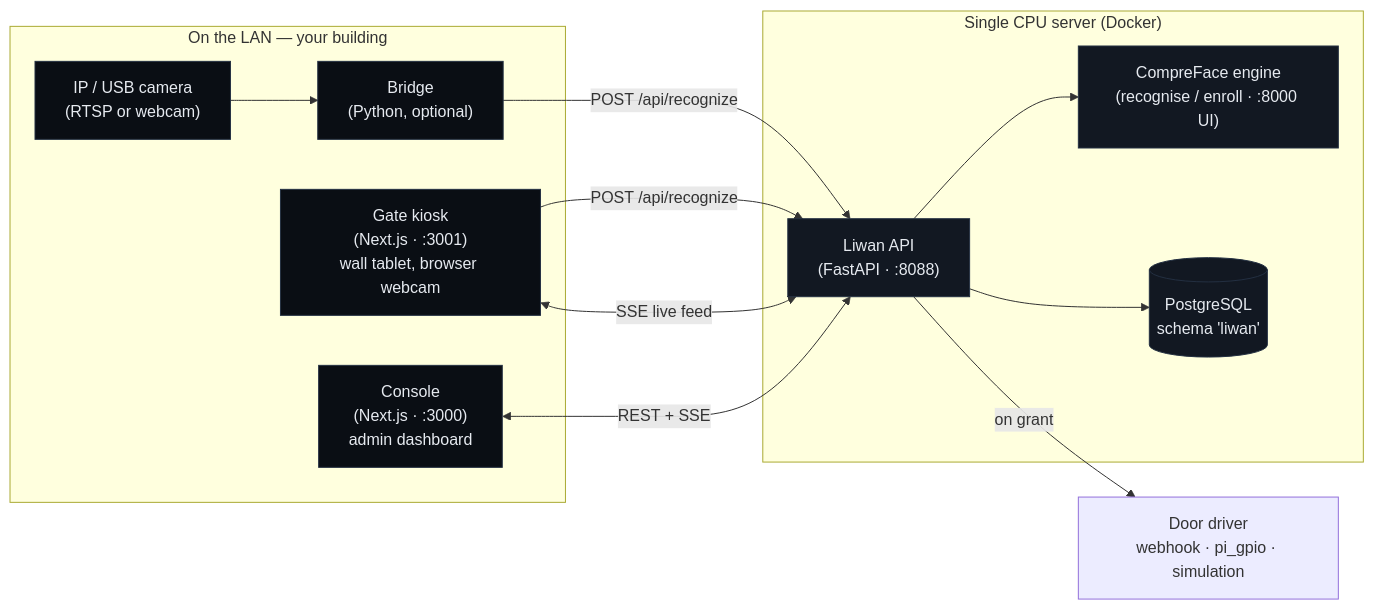
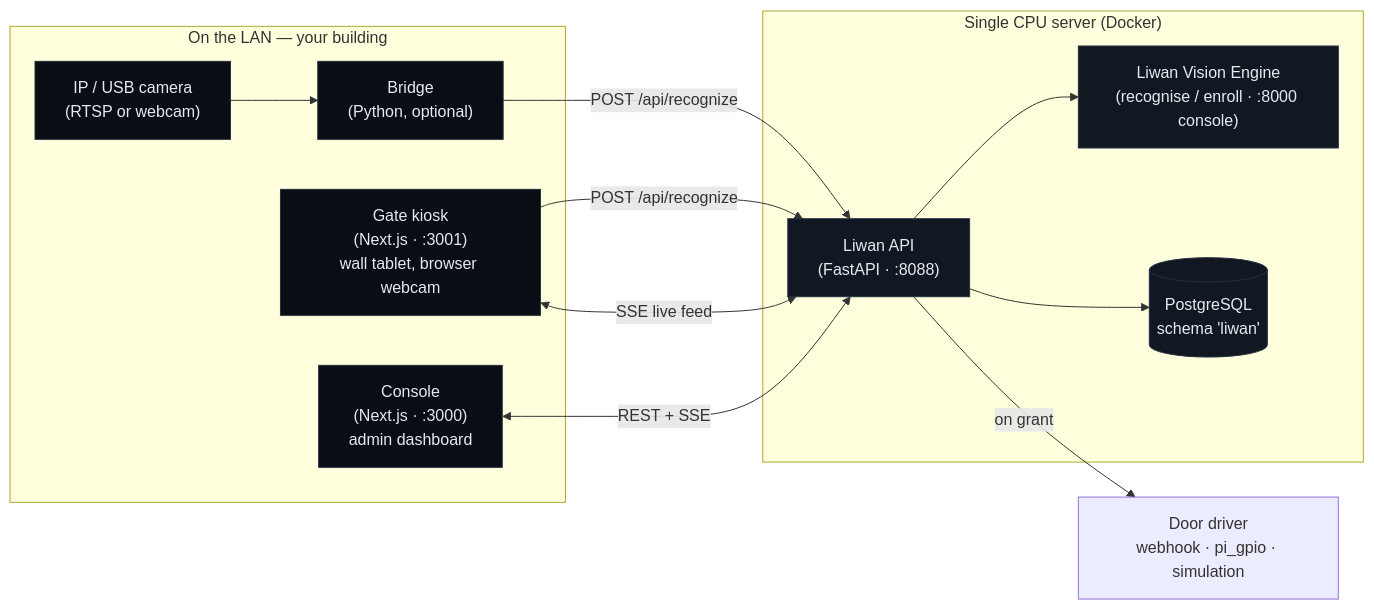
One commit to badrmellal/attendyo changed the diagram in README.md. Above: the diagram before and after it, drawn with Mermaid. The commit also changed other lines of this file and 85 other files, not shown here.

````diff
--- a/README.md
+++ b/README.md
@@ -120,31 +137,31 @@
 ```mermaid
 flowchart LR
     subgraph Edge["On the LAN — your building"]
         CAM["IP / USB camera<br/>(RTSP or webcam)"]
         BR["Bridge<br/>(Python, optional)"]
         GATE["Gate kiosk<br/>(Next.js · :3001)<br/>wall tablet, browser webcam"]
         CONSOLE["Console<br/>(Next.js · :3000)<br/>admin dashboard"]
     end
 
     subgraph Server["Single CPU server (Docker)"]
         API["Liwan API<br/>(FastAPI · :8088)"]
-        CF["CompreFace engine<br/>(recognise / enroll · :8000 UI)"]
+        CF["Liwan Vision Engine<br/>(recognise / enroll · :8000 console)"]
         DB[("PostgreSQL<br/>schema 'liwan'")]
     end
 
     DOOR["Door driver<br/>webhook · pi_gpio · simulation"]
 
     CAM --> BR
     BR -- "POST /api/recognize" --> API
     GATE -- "POST /api/recognize" --> API
     CONSOLE <-- "REST + SSE" --> API
     GATE <-- "SSE live feed" --> API
     API --> CF
     API --> DB
     API -- "on grant" --> DOOR
 
     classDef srv fill:#121822,stroke:#243042,color:#E6EAF0;
     classDef edge fill:#0A0E14,stroke:#243042,color:#E6EAF0;
     class API,CF,DB srv;
     class CAM,BR,GATE,CONSOLE edge;
 ```
````
